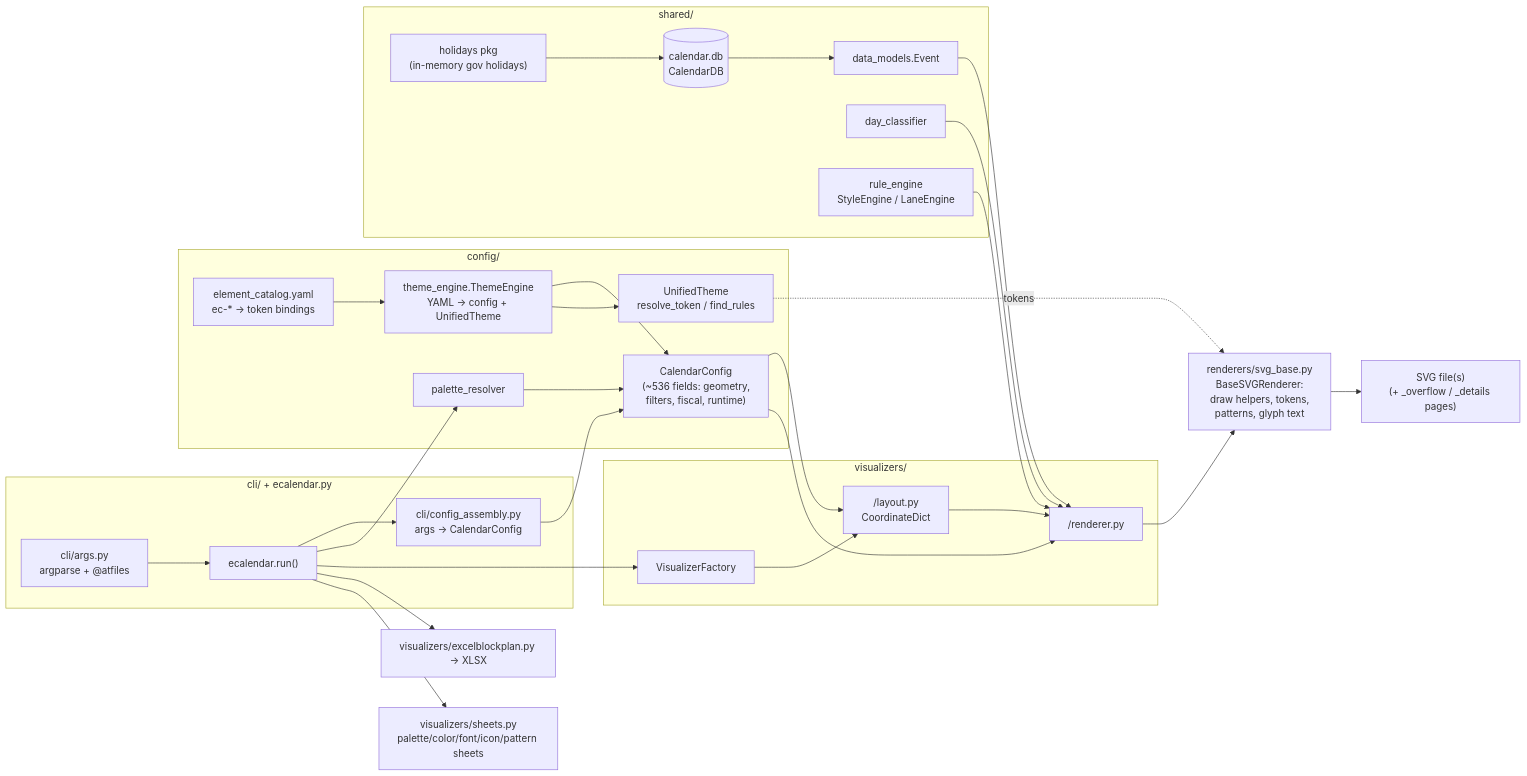
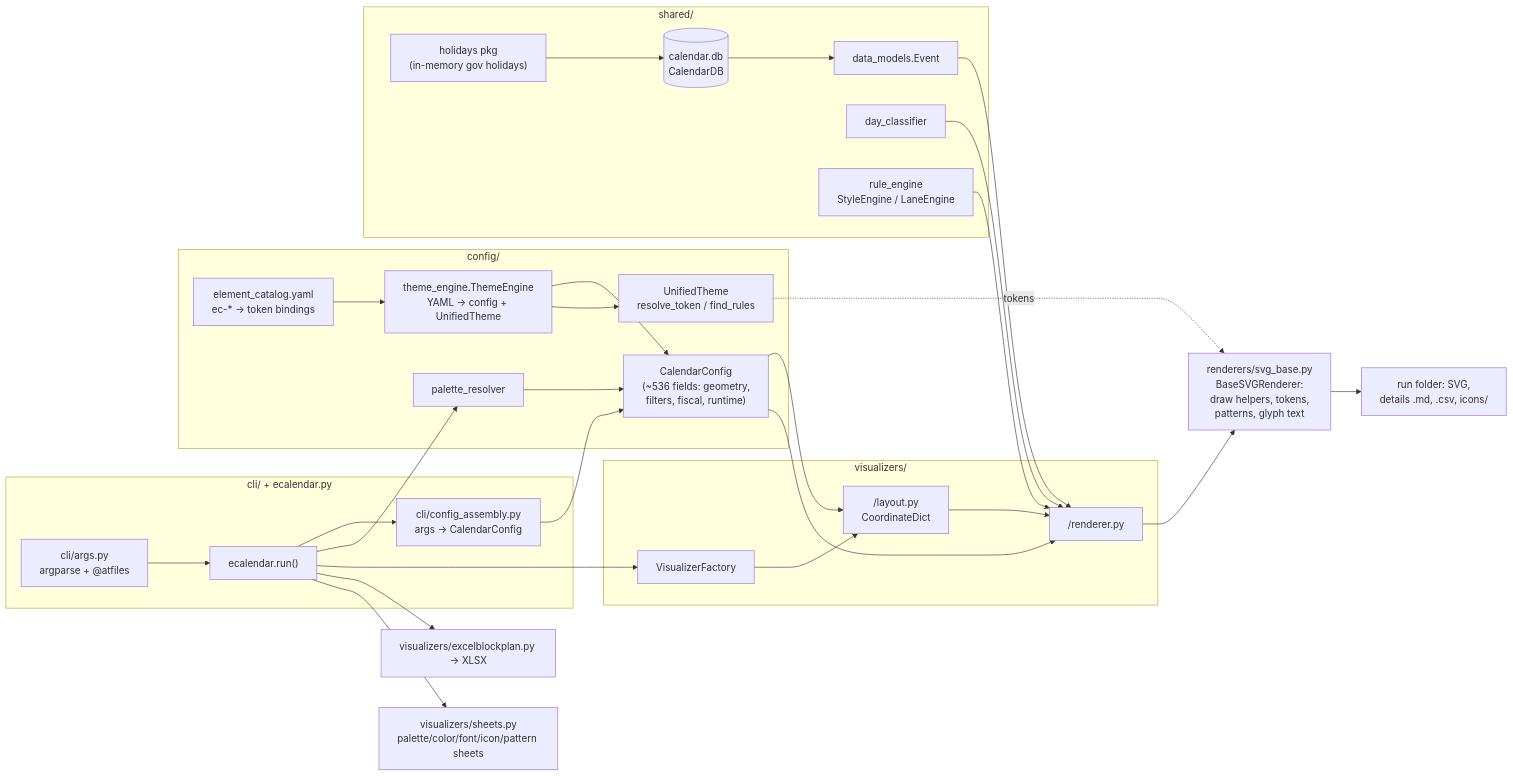
The diagram in docs/architecture/overview.md (lee4321/calendarapp-), drawn with Mermaid before and after one commit. The commit also changed 12 other files, not shown here.

First line of the commit message:
docs: document the run folder, details document, icons and event CSV

````diff
--- a/docs/architecture/overview.md
+++ b/docs/architecture/overview.md
@@ -7,49 +7,49 @@
 ```mermaid
 flowchart LR
     subgraph CLI["cli/ + ecalendar.py"]
         ARGS["cli/args.py<br/>argparse + @atfiles"]
         RUN["ecalendar.run()"]
         ASM["cli/config_assembly.py<br/>args → CalendarConfig"]
     end
 
     subgraph CONF["config/"]
         CC["CalendarConfig<br/>(~536 fields: geometry,<br/>filters, fiscal, runtime)"]
         TE["theme_engine.ThemeEngine<br/>YAML → config + UnifiedTheme"]
         UT["UnifiedTheme<br/>resolve_token / find_rules"]
         CAT["element_catalog.yaml<br/>ec-* → token bindings"]
         PAL["palette_resolver"]
     end
 
     subgraph DATA["shared/"]
         DB[("calendar.db<br/>CalendarDB")]
         HOL["holidays pkg<br/>(in-memory gov holidays)"]
         EV["data_models.Event"]
         CLS["day_classifier"]
         RE["rule_engine<br/>StyleEngine / LaneEngine"]
     end
 
     subgraph VIZ["visualizers/"]
         FACT["VisualizerFactory"]
         LAY["<viz>/layout.py<br/>CoordinateDict"]
         REND["<viz>/renderer.py"]
     end
 
     BASE["renderers/svg_base.py<br/>BaseSVGRenderer:<br/>draw helpers, tokens,<br/>patterns, glyph text"]
 
     ARGS --> RUN --> ASM --> CC
     TE --> CC
     TE --> UT
     CAT --> TE
     RUN --> PAL --> CC
     RUN --> FACT --> LAY --> REND
     DB --> EV --> REND
     HOL --> DB
     CLS --> REND
     RE --> REND
     CC --> LAY
     CC --> REND
     UT -.tokens.-> BASE
-    REND --> BASE --> OUT["SVG file(s)<br/>(+ _overflow / _details pages)"]
+    REND --> BASE --> OUT["run folder: SVG,<br/>details .md, .csv, icons/"]
     RUN --> XLS["visualizers/excelblockplan.py → XLSX"]
     RUN --> SHEETS["visualizers/sheets.py<br/>palette/color/font/icon/pattern sheets"]
 ```
````
